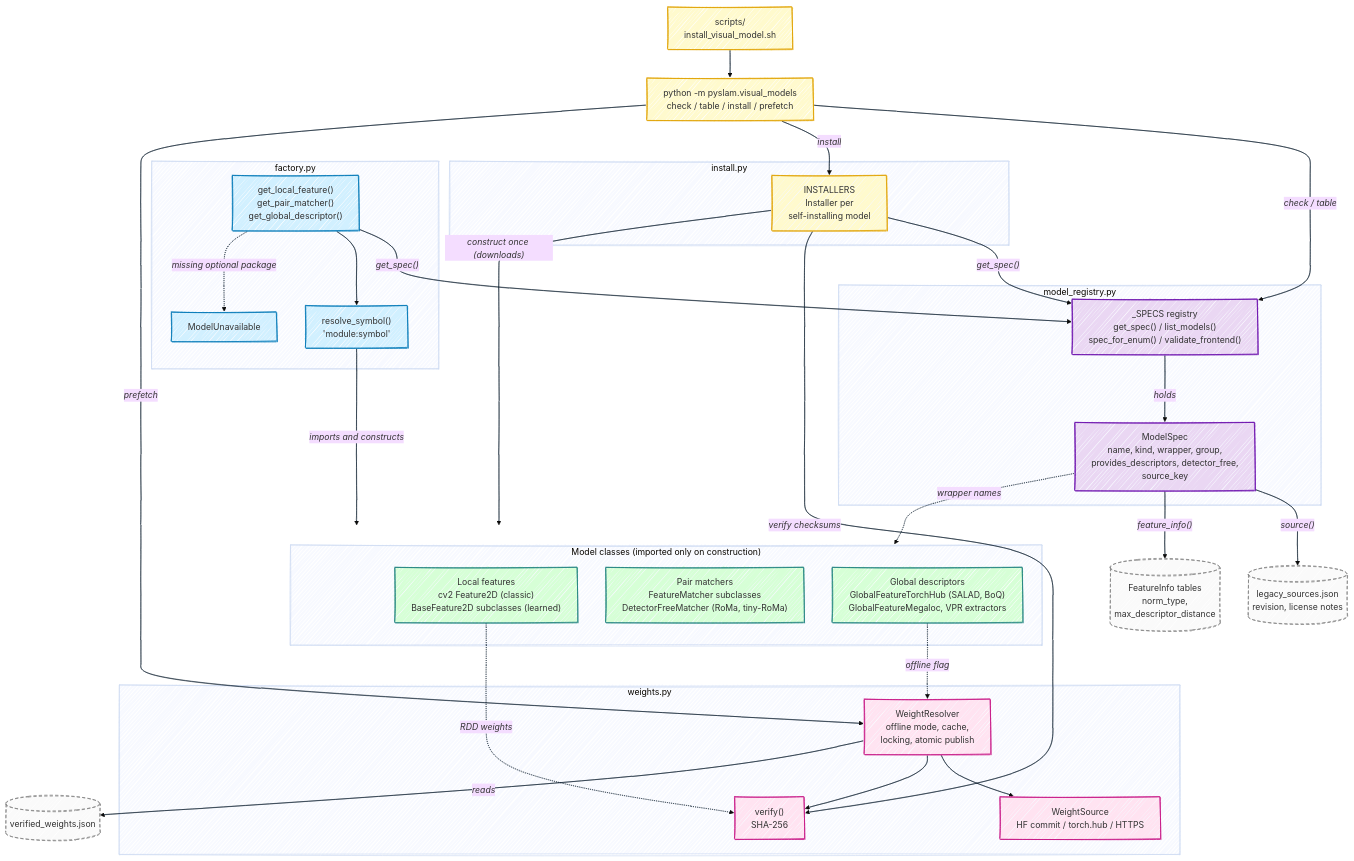
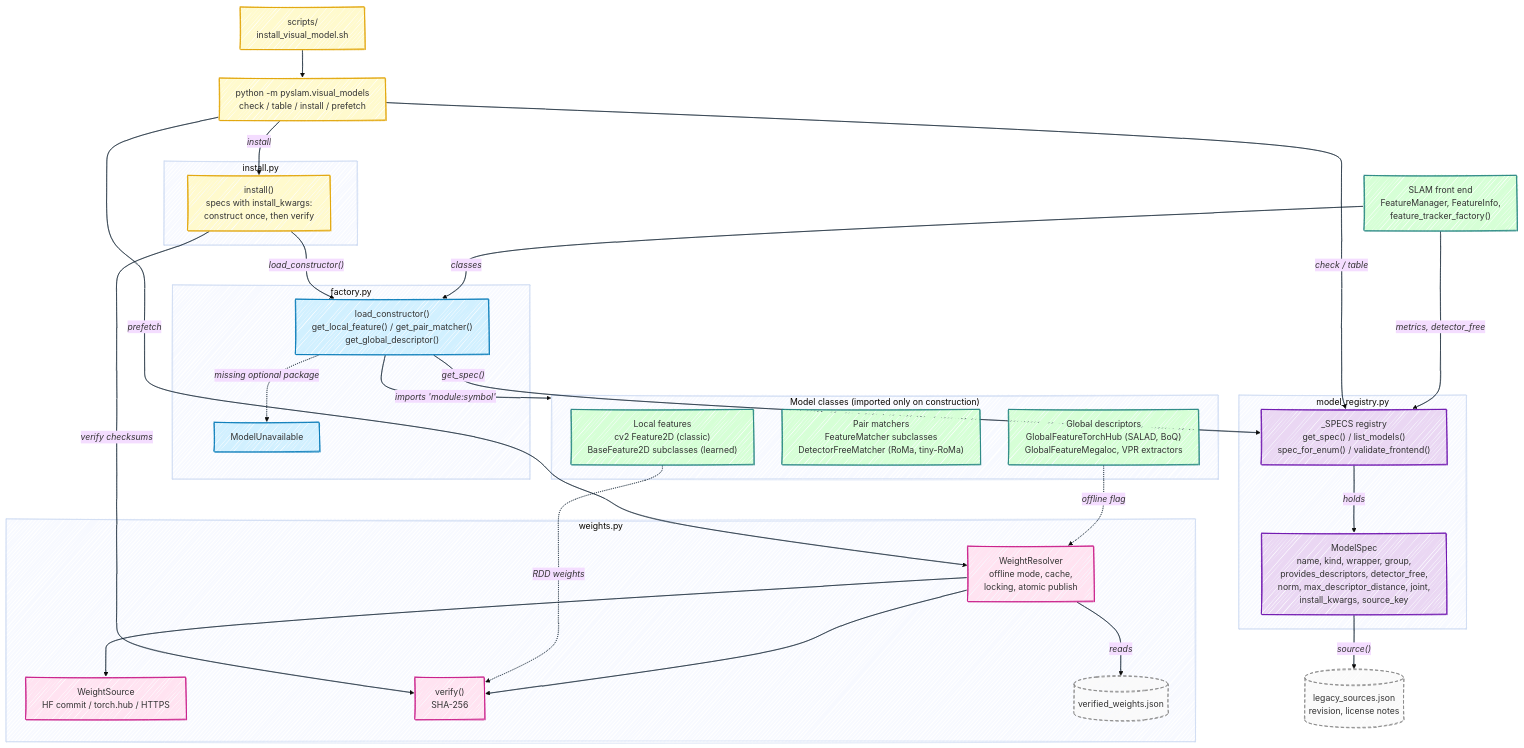
Before and after one commit to luigifreda/pyslam: the diagram in docs/images/shared/visual_model_catalog.mmd, drawn with Mermaid (base theme). The commit also changed 33 other files, not shown here.

First line of the commit message:
Make the visual model registry the single source of truth for features

```diff
--- a/docs/images/shared/visual_model_catalog.mmd
+++ b/docs/images/shared/visual_model_catalog.mmd
@@ -1,79 +1,77 @@
 ---
 config:
   look: handDrawn
   flowchart:
     wrappingWidth: 400
 ---
 graph TB;
     %% pyslam.visual_models: metadata registry, lazy factory, weight resolver, installer and CLI
     linkStyle default stroke:#021526,stroke-width:1px,font-size:16px;
 
     classDef catalog fill:#EAD7F3,stroke:#6A0DAD,stroke-width:1.5px,font-size:16px;
     classDef data fill:#FAFAFA,stroke:#888888,stroke-width:1.5px,stroke-dasharray:6 4,font-size:16px;
     classDef tool fill:#FFFACD,stroke:#E1A100,stroke-width:1.5px,font-size:16px;
     classDef factory fill:#D1F0FF,stroke:#0077B6,stroke-width:1.5px,font-size:16px;
     classDef weights fill:#FFE3F1,stroke:#C71585,stroke-width:1.5px,font-size:16px;
     classDef existing fill:#D6FFD6,stroke:#218380,stroke-width:1.5px,font-size:16px;
 
     subgraph registry["model_registry.py"]
         Registry["_SPECS registry<br>get_spec() / list_models()<br>spec_for_enum() / validate_frontend()"];
-        ModelSpec["ModelSpec<br>name, kind, wrapper, group,<br>provides_descriptors, detector_free,<br>source_key"];
+        ModelSpec["ModelSpec<br>name, kind, wrapper, group,<br>provides_descriptors, detector_free,<br>norm, max_descriptor_distance, joint,<br>install_kwargs, source_key"];
     end
     Sources[("legacy_sources.json<br>revision, license notes")];
-    FeatureInfo[("FeatureInfo tables<br>norm_type,<br>max_descriptor_distance")];
+
+    Pipeline["SLAM front end<br>FeatureManager, FeatureInfo,<br>feature_tracker_factory()"];
 
     subgraph factorymod["factory.py"]
-        Factory["get_local_feature()<br>get_pair_matcher()<br>get_global_descriptor()"];
-        Resolve["resolve_symbol()<br>'module:symbol'"];
+        Factory["load_constructor()<br>get_local_feature() / get_pair_matcher()<br>get_global_descriptor()"];
         Unavailable["ModelUnavailable"];
     end
 
     subgraph weightsmod["weights.py"]
         Resolver["WeightResolver<br>offline mode, cache,<br>locking, atomic publish"];
         WeightSource["WeightSource<br>HF commit / torch.hub / HTTPS"];
         Verify["verify()<br>SHA-256"];
+        Verified[("verified_weights.json")];
     end
-    Verified[("verified_weights.json")];
 
     subgraph installmod["install.py"]
-        Installers["INSTALLERS<br>Installer per<br>self-installing model"];
+        Installers["install()<br>specs with install_kwargs:<br>construct once, then verify"];
     end
     Script["scripts/<br>install_visual_model.sh"];
     CLI["python -m pyslam.visual_models<br>check / table / install / prefetch"];
 
     subgraph wrappers["Model classes (imported only on construction)"]
         Local["Local features<br>cv2 Feature2D (classic)<br>BaseFeature2D subclasses (learned)"];
         Matchers["Pair matchers<br>FeatureMatcher subclasses<br>DetectorFreeMatcher (RoMa, tiny-RoMa)"];
         Global["Global descriptors<br>GlobalFeatureTorchHub (SALAD, BoQ)<br>GlobalFeatureMegaloc, VPR extractors"];
     end
 
     Registry -->|"`_holds_`"| ModelSpec;
     ModelSpec -->|"`_source()_`"| Sources;
-    ModelSpec -->|"`_feature_info()_`"| FeatureInfo;
-    ModelSpec -.->|"`_wrapper names_`"| wrappers;
 
+    Pipeline -->|"`_classes_`"| Factory;
+    Pipeline -->|"`_metrics, detector_free_`"| Registry;
     Factory -->|"`_get_spec()_`"| Registry;
-    Factory --> Resolve;
-    Resolve -->|"`_imports and constructs_`"| wrappers;
+    Factory -->|"`_imports 'module:symbol'_`"| wrappers;
     Factory -.->|"`_missing optional package_`"| Unavailable;
 
     Resolver --> WeightSource;
     Resolver --> Verify;
     Resolver -->|"`_reads_`"| Verified;
     Local -.->|"`_RDD weights_`"| Verify;
     Global -.->|"`_offline flag_`"| Resolver;
 
     Script --> CLI;
     CLI -->|"`_check / table_`"| Registry;
     CLI -->|"`_install_`"| Installers;
     CLI -->|"`_prefetch_`"| Resolver;
-    Installers -->|"`_get_spec()_`"| Registry;
-    Installers -->|"`_construct once (downloads)_`"| wrappers;
+    Installers -->|"`_load_constructor()_`"| Factory;
     Installers -->|"`_verify checksums_`"| Verify;
 
     class Registry,ModelSpec catalog;
-    class Sources,FeatureInfo,Verified data;
+    class Sources,Verified data;
     class CLI,Script,Installers tool;
-    class Factory,Resolve,Unavailable factory;
+    class Factory,Unavailable factory;
     class Resolver,WeightSource,Verify weights;
-    class Local,Matchers,Global existing;
+    class Local,Matchers,Global,Pipeline existing;
```
